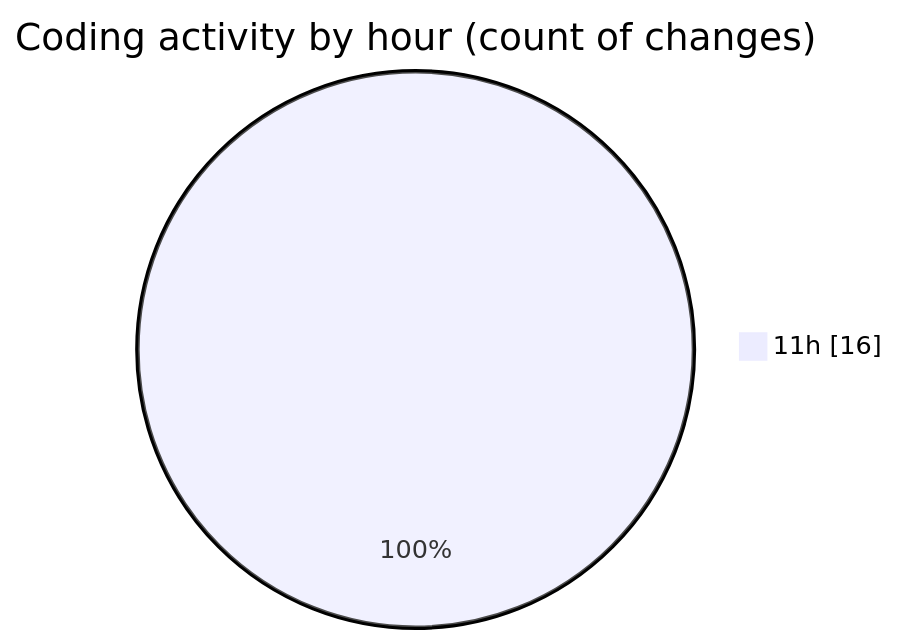
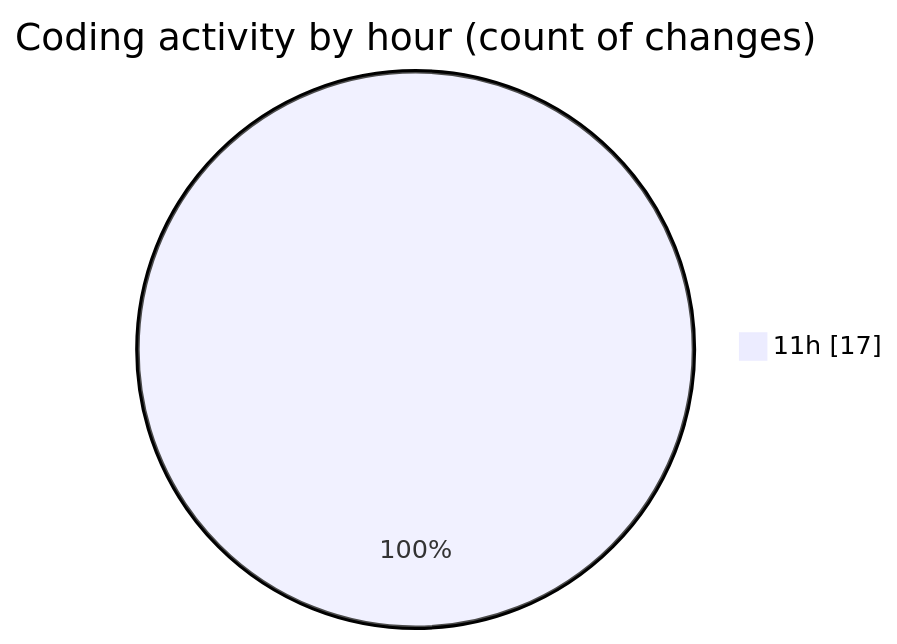
One commit to nxtqubesakshisongat/code-tracking changed the second of 2 diagrams in 2025-09-24/nxtqube_webapp/README.md. Above: the diagram before and after it, drawn with Mermaid. The commit also changed other lines of this file and 1 other file, not shown here.

````diff
--- a/2025-09-24/nxtqube_webapp/README.md
+++ b/2025-09-24/nxtqube_webapp/README.md
@@ -29,5 +29,5 @@
 ```mermaid
 pie showData
 title Coding activity by hour (count of changes)
-"11h" : 16
+"11h" : 17
 ```
````
